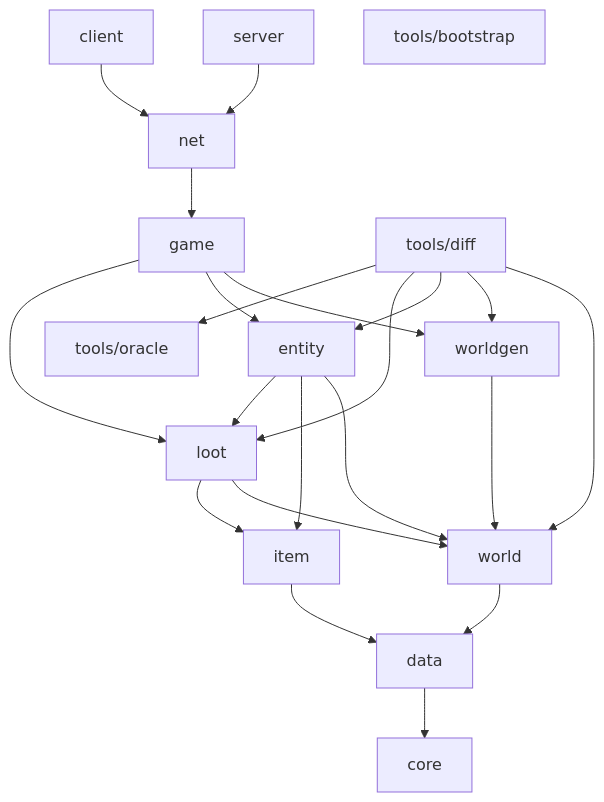
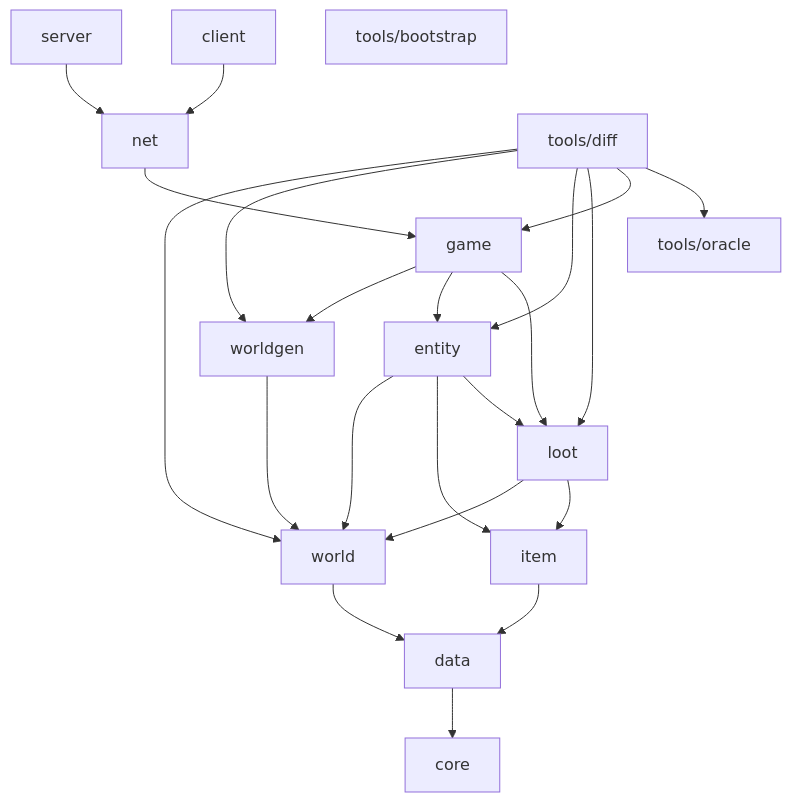
One commit to Shoko-official/Minecraft-Java changed the first of 2 diagrams in docs/ARCHITECTURE.md. Above: the diagram before and after it, drawn with Mermaid. The commit also changed other lines of this file and 21 other files, not shown here.

````diff
--- a/docs/ARCHITECTURE.md
+++ b/docs/ARCHITECTURE.md
@@ -38,25 +40,26 @@
 ```mermaid
 flowchart TD
     core
     data --> core
     world --> data
     item --> data
     loot --> world
     loot --> item
     worldgen --> world
     entity --> world
     entity --> item
     entity --> loot
     game --> worldgen
     game --> entity
     game --> loot
     net --> game
     server --> net
     client --> net
     diff["tools/diff"] --> world
     diff --> worldgen
     diff --> entity
     diff --> loot
+    diff --> game
     diff --> oracle["tools/oracle"]
     bootstrap["tools/bootstrap"]
 ```
````
